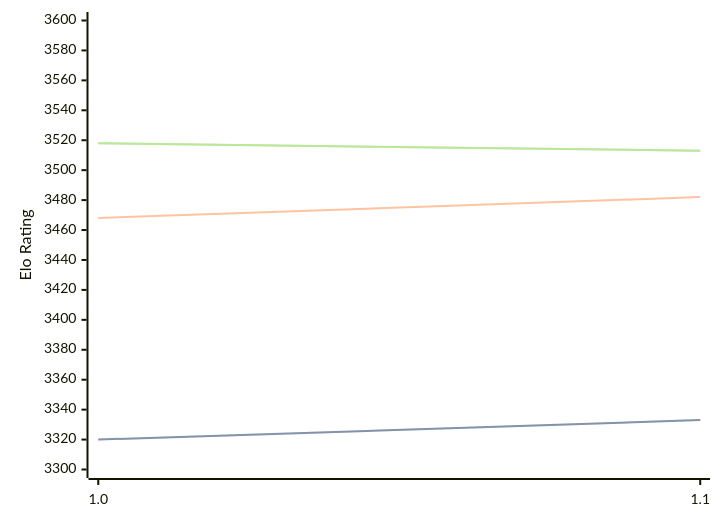
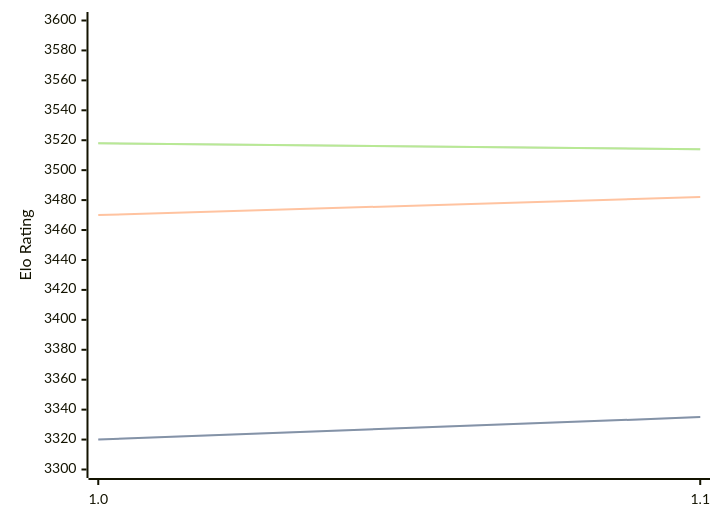
The first of 3 diagrams in engines/Horsie.md (computer-chess-index/cci), drawn with Mermaid before and after one commit. The commit also changed other lines of this file, not shown here.

Commit message:
Update CCI Ratings (ELO VLTC) - 2026-06-16

````diff
--- a/engines/Horsie.md
+++ b/engines/Horsie.md
@@ -32,11 +32,11 @@
 ```mermaid
 %%{init: {"theme":"base","themeVariables":{"seriesColors:['#a3a3a3','#222221','#faa371']}}}%%
 xychart-beta
   x-axis ["1.0", "1.1"]
   y-axis "Elo Rating" 3300 --> 3600
-  line "STC (8.0+0.08s)" [3320, 3333]
-  line "STC (8.0+0.08s)" [3320, 3333]
-  line "LTC (60.0+0.60s)" [3468, 3482]
-  line "VLTC (2m24s+1.12s)" [3518, 3513]
-  line "VLTC (2m24s+1.12s)" [3518, 3513]
+  line "STC (8.0+0.08s)" [3320, 3335]
+  line "STC (8.0+0.08s)" [3320, 3335]
+  line "LTC (60.0+0.60s)" [3470, 3482]
+  line "VLTC (2m24s+1.12s)" [3518, 3514]
+  line "VLTC (2m24s+1.12s)" [3518, 3514]
 ```
````
